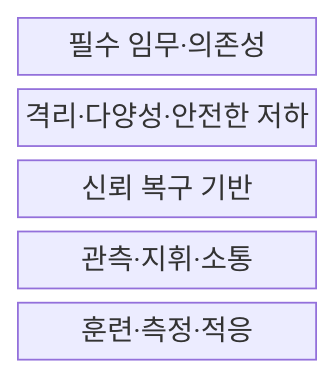
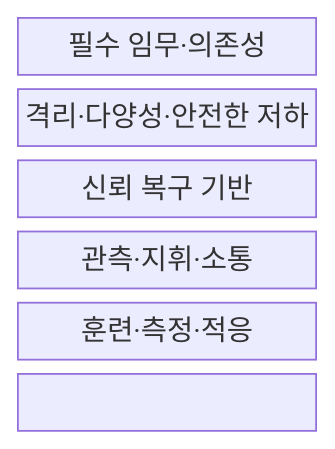
One commit to agnusdei1207/knowledge-base changed the first of 2 diagrams in src/content/docs/notes/05-security/119_cyber_resilience.md. Above: the diagram before and after it, drawn with Mermaid. The commit also changed other lines of this file and 151 other files, not shown here.

````diff
--- a/src/content/docs/notes/05-security/119_cyber_resilience.md
+++ b/src/content/docs/notes/05-security/119_cyber_resilience.md
@@ -52,9 +52,11 @@
 ```mermaid
 block-beta
   columns 1
   M["필수 임무·의존성"]
   W["격리·다양성·안전한 저하"]
   R["신뢰 복구 기반"]
   C["관측·지휘·소통"]
   T["훈련·측정·적응"]
+  M --- W --- R
+  R --- C --- T
 ```
````
